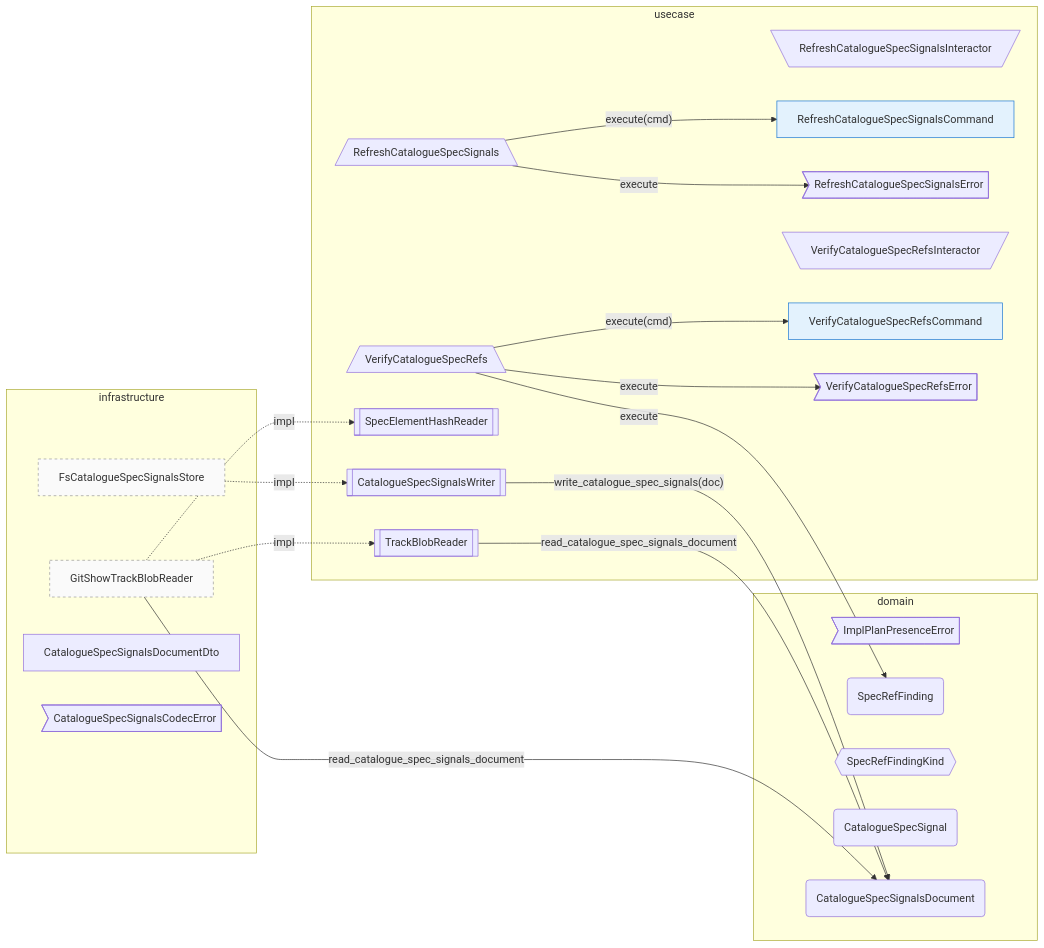
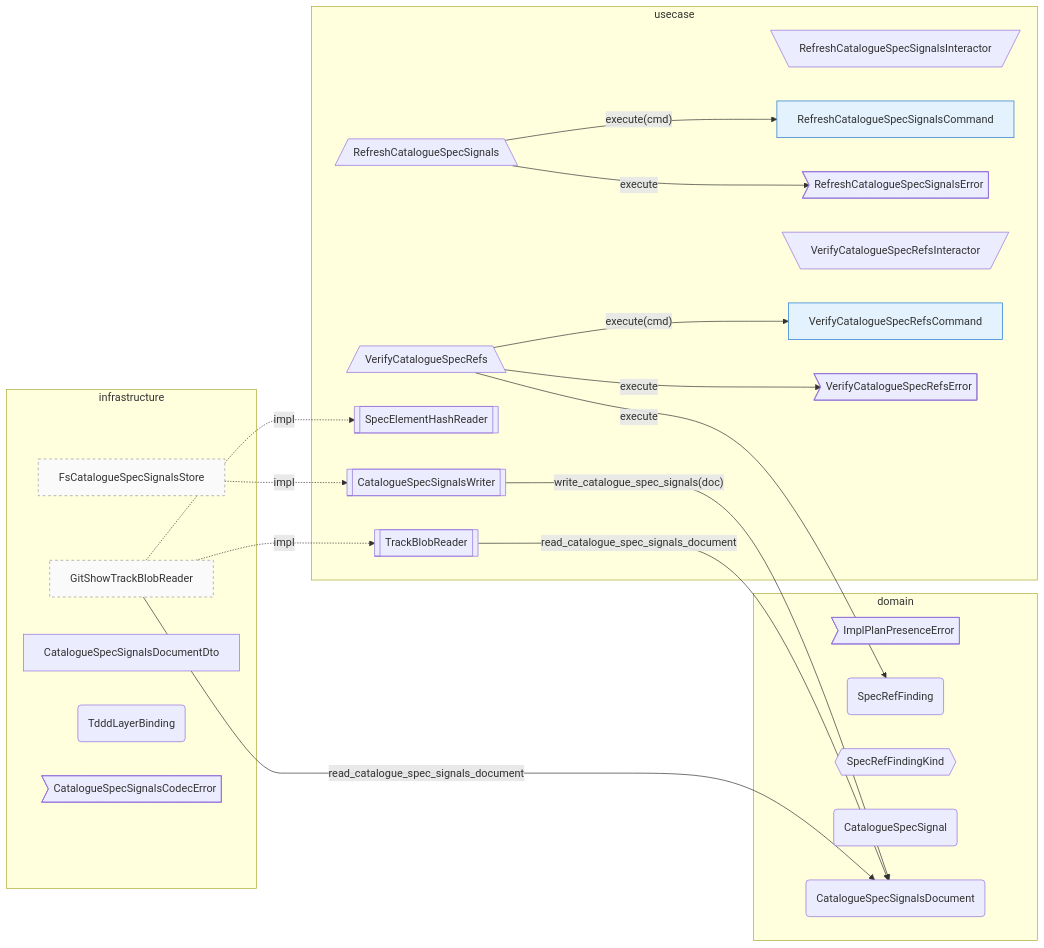
Before and after one commit to Flip451/SoTOHE-core: the diagram in track/items/catalogue-spec-signal-activation-2026-04-23/contract-map.md, drawn with Mermaid. The commit also changed 7 other files, not shown here.

````diff
--- a/track/items/catalogue-spec-signal-activation-2026-04-23/contract-map.md
+++ b/track/items/catalogue-spec-signal-activation-2026-04-23/contract-map.md
@@ -1,44 +1,45 @@
 ```mermaid
 flowchart LR
     classDef secondary_adapter fill:#fafafa,stroke:#999,stroke-dasharray: 4 4
     classDef command fill:#e3f2fd,stroke:#1976d2
     classDef query fill:#f3e5f5,stroke:#8e24aa
     classDef factory fill:#fff8e1,stroke:#f9a825
     subgraph domain [domain]
         L6_domain_ImplPlanPresenceError>ImplPlanPresenceError]
         L6_domain_SpecRefFinding(SpecRefFinding)
         L6_domain_SpecRefFindingKind{{SpecRefFindingKind}}
         L6_domain_CatalogueSpecSignal(CatalogueSpecSignal)
         L6_domain_CatalogueSpecSignalsDocument(CatalogueSpecSignalsDocument)
     end
     subgraph usecase [usecase]
         L7_usecase_RefreshCatalogueSpecSignalsInteractor[\RefreshCatalogueSpecSignalsInteractor/]
         L7_usecase_RefreshCatalogueSpecSignals[/RefreshCatalogueSpecSignals\]
         L7_usecase_RefreshCatalogueSpecSignalsCommand[RefreshCatalogueSpecSignalsCommand]:::command
         L7_usecase_RefreshCatalogueSpecSignalsError>RefreshCatalogueSpecSignalsError]
         L7_usecase_VerifyCatalogueSpecRefsInteractor[\VerifyCatalogueSpecRefsInteractor/]
         L7_usecase_VerifyCatalogueSpecRefs[/VerifyCatalogueSpecRefs\]
         L7_usecase_VerifyCatalogueSpecRefsCommand[VerifyCatalogueSpecRefsCommand]:::command
         L7_usecase_VerifyCatalogueSpecRefsError>VerifyCatalogueSpecRefsError]
         L7_usecase_SpecElementHashReader[[SpecElementHashReader]]
         L7_usecase_TrackBlobReader[[TrackBlobReader]]
         L7_usecase_CatalogueSpecSignalsWriter[[CatalogueSpecSignalsWriter]]
     end
     subgraph infrastructure [infrastructure]
         L14_infrastructure_GitShowTrackBlobReader[GitShowTrackBlobReader]:::secondary_adapter
         L14_infrastructure_FsCatalogueSpecSignalsStore[FsCatalogueSpecSignalsStore]:::secondary_adapter
         L14_infrastructure_CatalogueSpecSignalsDocumentDto[CatalogueSpecSignalsDocumentDto]
+        L14_infrastructure_TdddLayerBinding(TdddLayerBinding)
         L14_infrastructure_CatalogueSpecSignalsCodecError>CatalogueSpecSignalsCodecError]
     end
     L14_infrastructure_FsCatalogueSpecSignalsStore -.impl.-> L7_usecase_CatalogueSpecSignalsWriter
     L14_infrastructure_GitShowTrackBlobReader -->|"read_catalogue_spec_signals_document"| L6_domain_CatalogueSpecSignalsDocument
     L14_infrastructure_GitShowTrackBlobReader -.impl.-> L7_usecase_SpecElementHashReader
     L14_infrastructure_GitShowTrackBlobReader -.impl.-> L7_usecase_TrackBlobReader
     L7_usecase_CatalogueSpecSignalsWriter -->|"write_catalogue_spec_signals(doc)"| L6_domain_CatalogueSpecSignalsDocument
     L7_usecase_RefreshCatalogueSpecSignals -->|"execute"| L7_usecase_RefreshCatalogueSpecSignalsError
     L7_usecase_RefreshCatalogueSpecSignals -->|"execute(cmd)"| L7_usecase_RefreshCatalogueSpecSignalsCommand
     L7_usecase_TrackBlobReader -->|"read_catalogue_spec_signals_document"| L6_domain_CatalogueSpecSignalsDocument
     L7_usecase_VerifyCatalogueSpecRefs -->|"execute"| L6_domain_SpecRefFinding
     L7_usecase_VerifyCatalogueSpecRefs -->|"execute"| L7_usecase_VerifyCatalogueSpecRefsError
     L7_usecase_VerifyCatalogueSpecRefs -->|"execute(cmd)"| L7_usecase_VerifyCatalogueSpecRefsCommand
 ```
````
